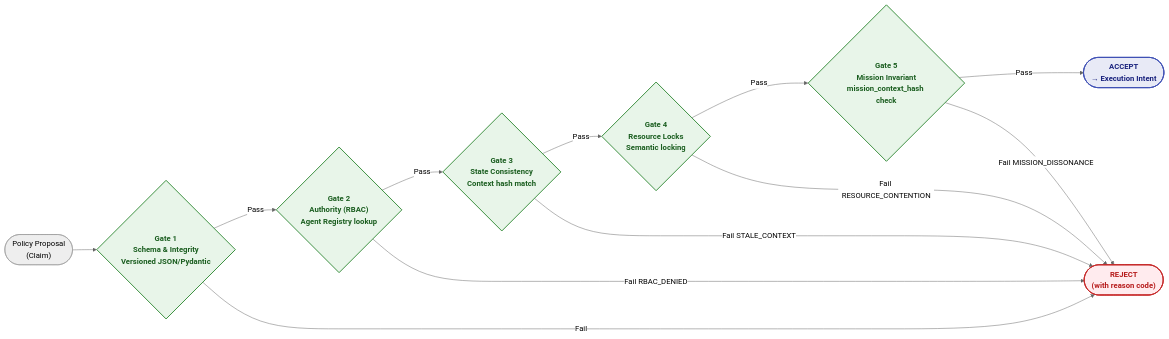
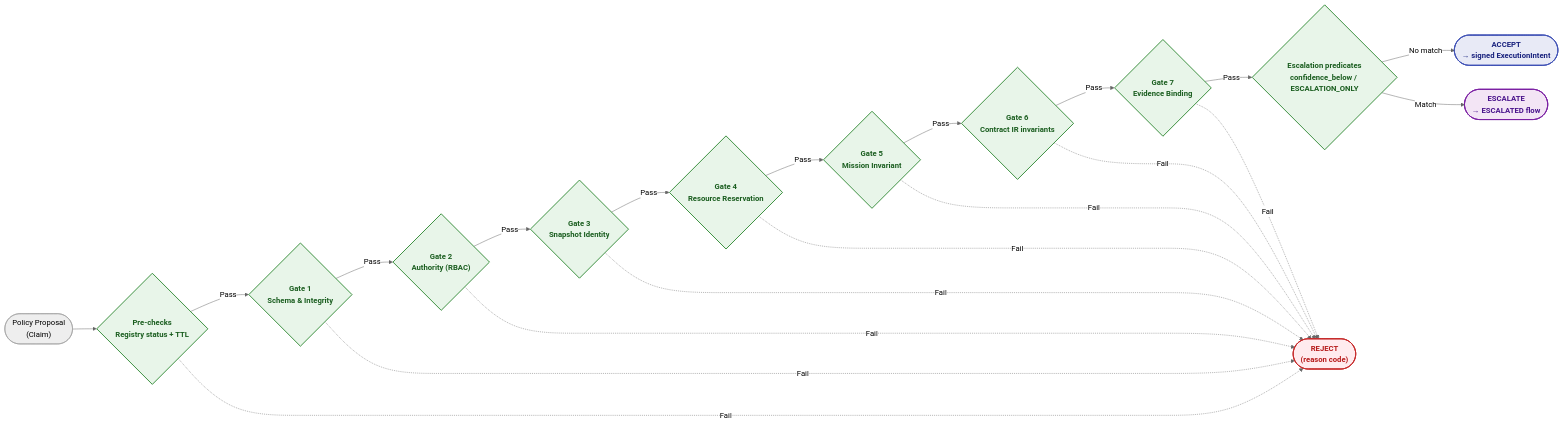
The tenth of 21 diagrams in docs/07-dir-minified/DIR-minified.md (huka81/decision-intelligence-runtime), drawn with Mermaid before and after one commit. The commit also changed other lines of this file and 4 other files, not shown here.

````diff
--- a/docs/07-dir-minified/DIR-minified.md
+++ b/docs/07-dir-minified/DIR-minified.md
@@ -1275,30 +1340,30 @@
 ```mermaid
 %%{init: {'theme': 'neutral'}}%%
 flowchart LR
     classDef gate fill:#E8F5E9,stroke:#388E3C,stroke-width:2px,color:#1B5E20,font-weight:bold
     classDef reject fill:#FFEBEE,stroke:#C62828,stroke-width:2px,color:#B71C1C,font-weight:bold
+    classDef escalate fill:#F3E5F5,stroke:#7B1FA2,stroke-width:2px,color:#4A148C,font-weight:bold
     classDef accept fill:#E8EAF6,stroke:#3F51B5,stroke-width:2px,color:#1A237E,font-weight:bold
 
     Proposal(["Policy Proposal<br>(Claim)"])
 
-    G1{"Gate 1<br>Schema & Integrity<br>Versioned JSON/Pydantic"}:::gate
-    G2{"Gate 2<br>Authority (RBAC)<br>Agent Registry lookup"}:::gate
-    G3{"Gate 3<br>State Consistency<br>Context hash match"}:::gate
-    G4{"Gate 4<br>Resource Locks<br>Semantic locking"}:::gate
-    G5{"Gate 5<br>Mission Invariant<br>mission_context_hash check"}:::gate
+    P0{"Pre-checks<br>Registry status + TTL"}:::gate
+    G1{"Gate 1<br>Schema & Integrity"}:::gate
+    G2{"Gate 2<br>Authority (RBAC)"}:::gate
+    G3{"Gate 3<br>Snapshot Identity"}:::gate
+    G4{"Gate 4<br>Resource Reservation"}:::gate
+    G5{"Gate 5<br>Mission Invariant"}:::gate
+    G6{"Gate 6<br>Contract IR invariants"}:::gate
+    G7{"Gate 7<br>Evidence Binding"}:::gate
+    EP{"Escalation predicates<br>confidence_below / ESCALATION_ONLY"}:::gate
 
-    Reject(["REJECT<br>(with reason code)"]):::reject
-    Accept(["ACCEPT<br>→ Execution Intent"]):::accept
+    Reject(["REJECT<br>(reason code)"]):::reject
+    Escalate(["ESCALATE<br>→ ESCALATED flow"]):::escalate
+    Accept(["ACCEPT<br>→ signed ExecutionIntent"]):::accept
 
-    Proposal --> G1
-    G1 -->|Pass| G2
-    G1 -->|Fail| Reject
-    G2 -->|Pass| G3
-    G2 -->|Fail RBAC_DENIED| Reject
-    G3 -->|Pass| G4
-    G3 -->|Fail STALE_CONTEXT| Reject
-    G4 -->|Pass| G5
-    G4 -->|Fail RESOURCE_CONTENTION| Reject
-    G5 -->|Pass| Accept
-    G5 -->|Fail MISSION_DISSONANCE| Reject
+    Proposal --> P0 -->|Pass| G1 -->|Pass| G2 -->|Pass| G3 -->|Pass| G4
+    G4 -->|Pass| G5 -->|Pass| G6 -->|Pass| G7 -->|Pass| EP
+    EP -->|No match| Accept
+    EP -->|Match| Escalate
+    P0 & G1 & G2 & G3 & G4 & G5 & G6 & G7 -.->|Fail| Reject
 ```
````
